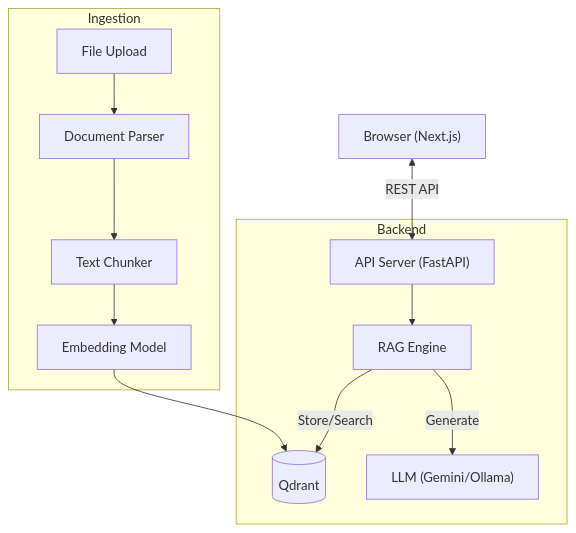
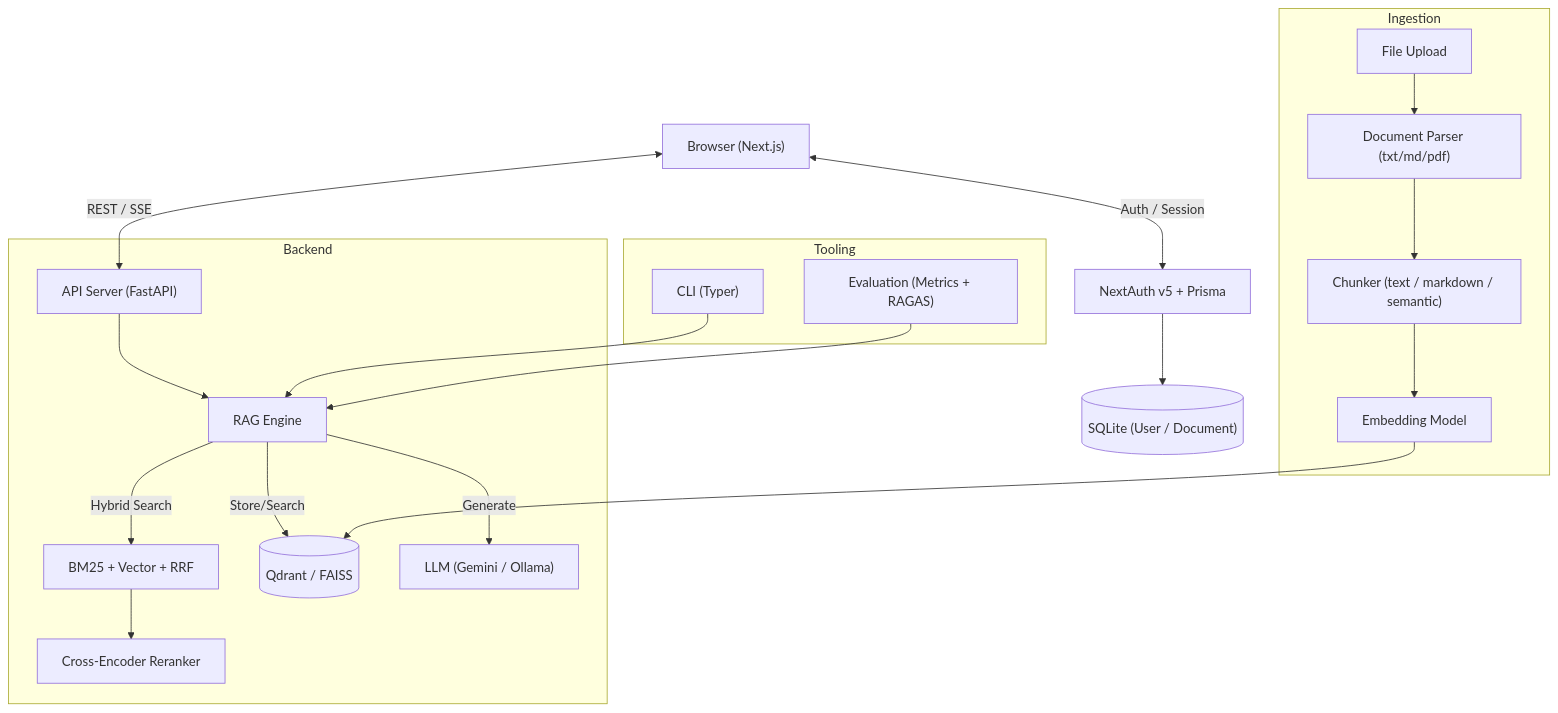
One commit to okdoittttt/rag changed the diagram in README.md. Above: the diagram before and after it, drawn with Mermaid. The commit also changed other lines of this file, not shown here.

````diff
--- a/README.md
+++ b/README.md
@@ -30,17 +44,26 @@
 ```mermaid
 graph TD
-    Client["Browser (Next.js)"] <-->|REST API| API["API Server (FastAPI)"]
-    
+    Client["Browser (Next.js)"] <-->|REST / SSE| API["API Server (FastAPI)"]
+    Client <-->|Auth / Session| Auth["NextAuth v5 + Prisma"]
+    Auth --> DB[("SQLite (User / Document)")]
+
     subgraph Backend
         API --> Engine["RAG Engine"]
-        Engine -->|Store/Search| VectorDB[("Qdrant")]
-        Engine -->|Generate| LLM["LLM (Gemini/Ollama)"]
+        Engine -->|Hybrid Search| Retriever["BM25 + Vector + RRF"]
+        Retriever --> Reranker["Cross-Encoder Reranker"]
+        Engine -->|Store/Search| VectorDB[("Qdrant / FAISS")]
+        Engine -->|Generate| LLM["LLM (Gemini / Ollama)"]
     end
-    
+
     subgraph Ingestion
-        Upload["File Upload"] --> Parser["Document Parser"]
-        Parser --> Chunker["Text Chunker"]
+        Upload["File Upload"] --> Parser["Document Parser (txt/md/pdf)"]
+        Parser --> Chunker["Chunker (text / markdown / semantic)"]
         Chunker --> Embedder["Embedding Model"]
         Embedder --> VectorDB
     end
+
+    subgraph Tooling
+        CLI["CLI (Typer)"] --> Engine
+        Evals["Evaluation (Metrics + RAGAS)"] --> Engine
+    end
 ```
````
